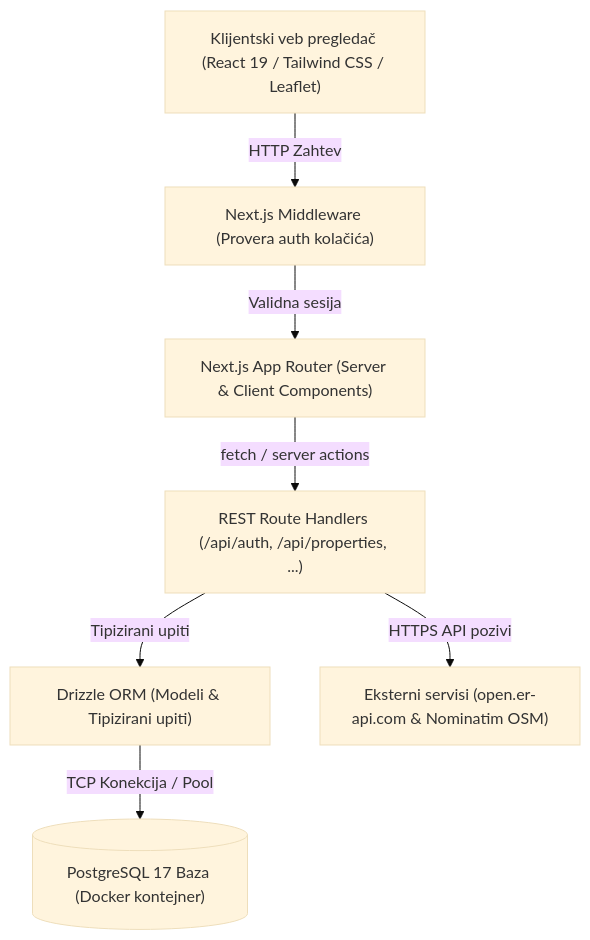
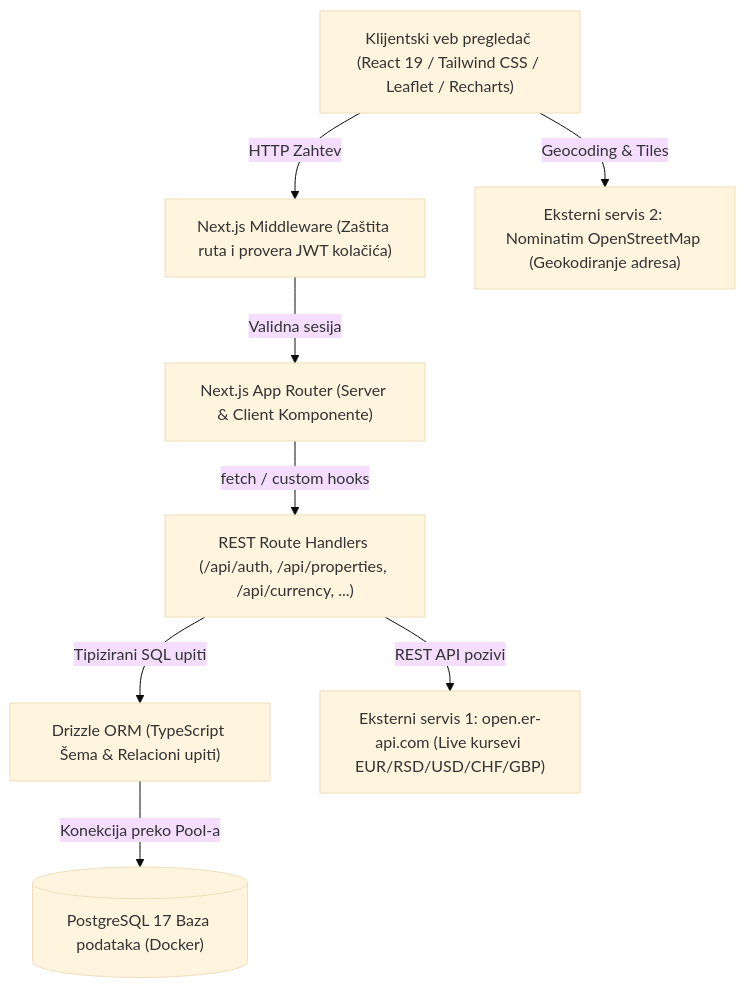
Before and after one commit to vuklaketic/internet-tehnologije-projekat-crm-nekretnine_2023_0013: the second of 6 diagrams in DOCS_SKELETON.md, drawn with Mermaid (base theme). The commit also changed other lines of this file and 2 other files, not shown here.

Commit message:
azurirana tehnicka dokumentacija sa dijagramima sekvenci i dopunjena OpenAPI specifikacija

````diff
--- a/DOCS_SKELETON.md
+++ b/DOCS_SKELETON.md
@@ -85,17 +107,19 @@
 ```mermaid
 flowchart TD
-    Client["Klijentski veb pregledač (React 19 / Tailwind CSS / Leaflet)"]
-    Proxy["Next.js Middleware (Provera auth kolačića)"]
-    AppRouter["Next.js App Router (Server & Client Components)"]
-    API["REST Route Handlers (/api/auth, /api/properties, ...)"]
-    ORM["Drizzle ORM (Modeli & Tipizirani upiti)"]
-    Postgres[("PostgreSQL 17 Baza (Docker kontejner)")]
-    ExtAPI["Eksterni servisi (open.er-api.com & Nominatim OSM)"]
+    Client["Klijentski veb pregledač (React 19 / Tailwind CSS / Leaflet / Recharts)"]
+    Proxy["Next.js Middleware (Zaštita ruta i provera JWT kolačića)"]
+    AppRouter["Next.js App Router (Server & Client Komponente)"]
+    API["REST Route Handlers (/api/auth, /api/properties, /api/currency, ...)"]
+    ORM["Drizzle ORM (TypeScript Šema & Relacioni upiti)"]
+    Postgres[("PostgreSQL 17 Baza podataka (Docker)")]
+    ExtAPI1["Eksterni servis 1: open.er-api.com (Live kursevi EUR/RSD/USD/CHF/GBP)"]
+    ExtAPI2["Eksterni servis 2: Nominatim OpenStreetMap (Geokodiranje adresa)"]
 
     Client -->|HTTP Zahtev| Proxy
     Proxy -->|Validna sesija| AppRouter
-    AppRouter -->|fetch / server actions| API
-    API -->|Tipizirani upiti| ORM
-    ORM -->|TCP Konekcija / Pool| Postgres
-    API -->|HTTPS API pozivi| ExtAPI
+    AppRouter -->|fetch / custom hooks| API
+    API -->|Tipizirani SQL upiti| ORM
+    ORM -->|Konekcija preko Pool-a| Postgres
+    API -->|REST API pozivi| ExtAPI1
+    Client -->|Geocoding & Tiles| ExtAPI2
 ```
````
